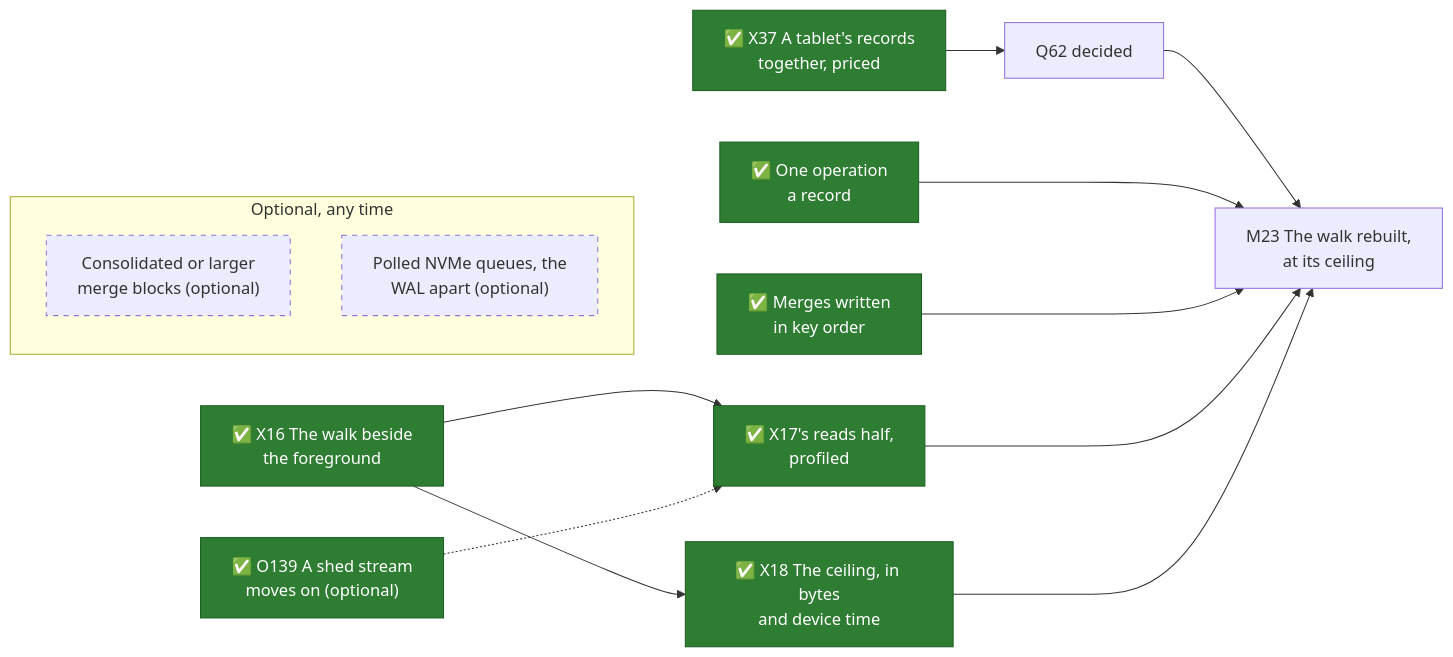
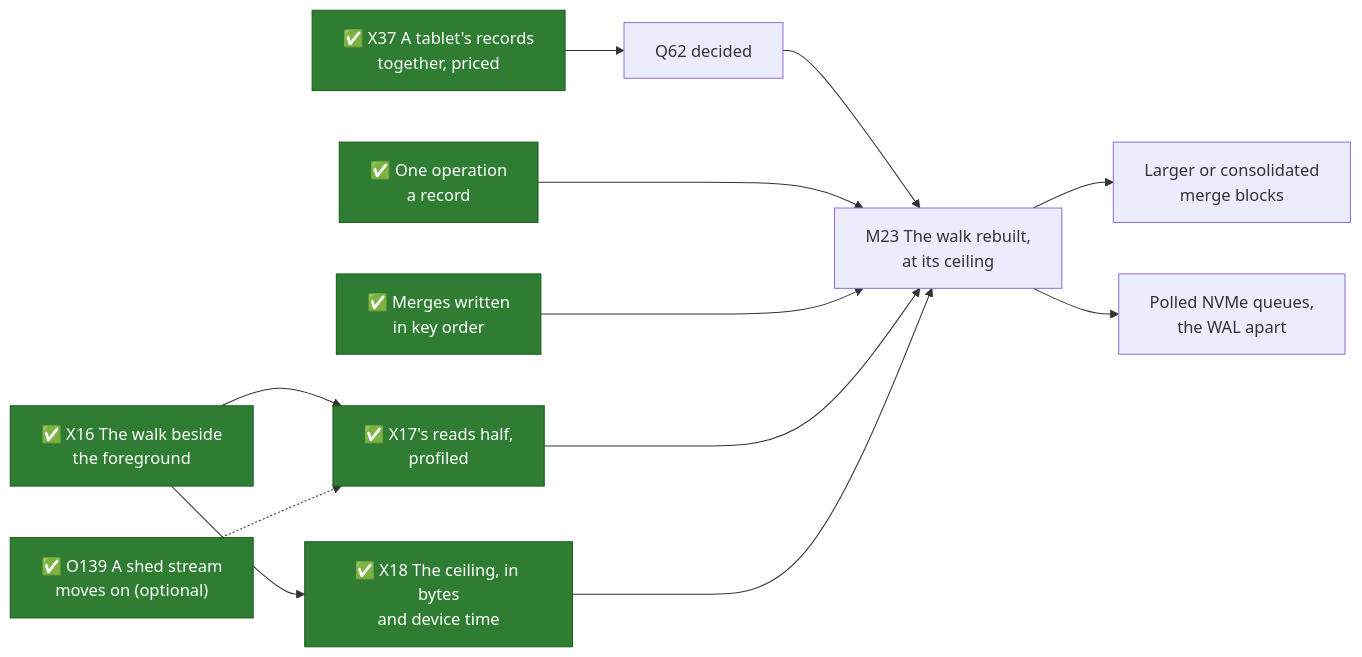
Before and after one commit to mjcarson/shoal: the diagram in docs/src/future-work/scans/scan-speed.md, drawn with Mermaid. The commit also changed other lines of this file and 9 other files, not shown here.

````diff
--- a/docs/src/future-work/scans/scan-speed.md
+++ b/docs/src/future-work/scans/scan-speed.md
@@ -370,27 +371,25 @@
 ```mermaid
 flowchart LR
     classDef done fill:#2e7d32,stroke:#1b5e20,color:#ffffff
-    classDef optional stroke-dasharray: 5 5
     X16["✅ X16 The walk beside<br>the foreground"]:::done
     Shed["✅ O139 A shed stream<br>moves on (optional)"]:::done
     Read1["✅ One operation<br>a record"]:::done
     Sorted["✅ Merges written<br>in key order"]:::done
     X37["✅ X37 A tablet's records<br>together, priced"]:::done
     X17["✅ X17's reads half,<br>profiled"]:::done
     X18["✅ X18 The ceiling, in bytes<br>and device time"]:::done
     Q62["Q62 decided"]
     M23["M23 The walk rebuilt,<br>at its ceiling"]
     X16 --> X17
     X16 --> X18
     Shed -.-> X17
     X37 --> Q62 --> M23
     Read1 ---> M23
     Sorted ---> M23
     X17 ---> M23
     X18 ---> M23
-    subgraph anytime["Optional, any time"]
-        direction TB
-        Blocks["Consolidated or larger<br>merge blocks (optional)"]:::optional
-        Host["Polled NVMe queues, the<br>WAL apart (optional)"]:::optional
-    end
+    Blocks["Larger or consolidated<br>merge blocks"]
+    Host["Polled NVMe queues,<br>the WAL apart"]
+    M23 --> Blocks
+    M23 --> Host
 ```
````
